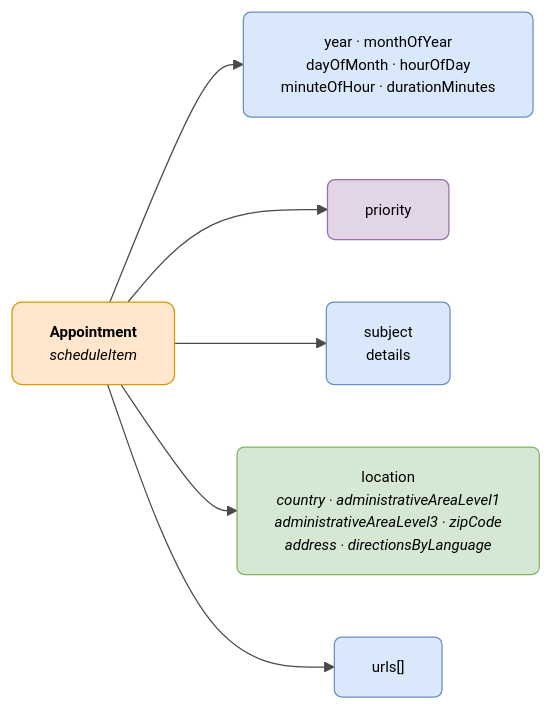
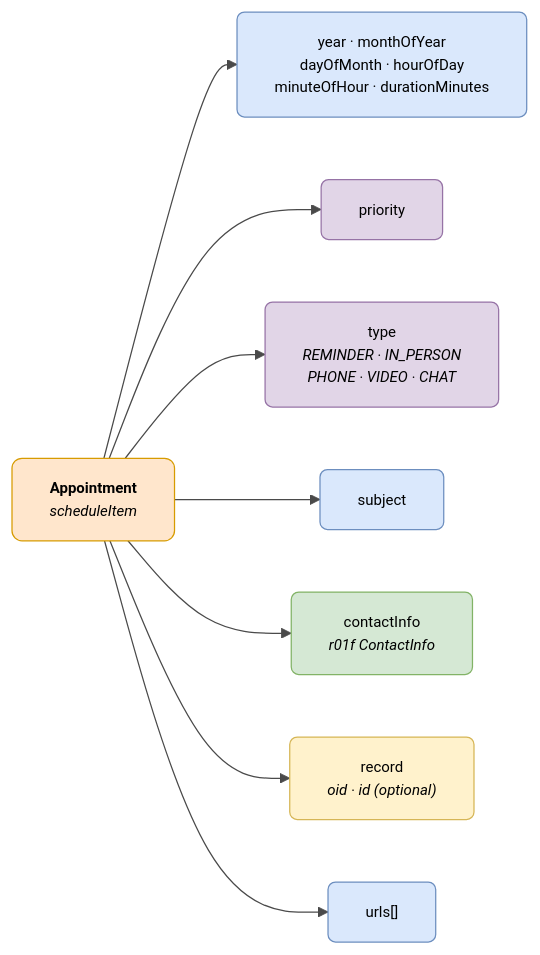
The diagram in docs/semantica/data-retrieve/data/cita.en.md (DENA-Euskadi/dena-euskadi.github.io), drawn with Mermaid before and after one commit. The commit also changed other lines of this file and 75 other files, not shown here.

````diff
--- a/docs/semantica/data-retrieve/data/cita.en.md
+++ b/docs/semantica/data-retrieve/data/cita.en.md
@@ -17,27 +17,31 @@
 ```mermaid
 ---
 config:
   theme: base
   themeVariables:
     primaryColor: "#FFFFFF"
     primaryTextColor: "#000000"
     primaryBorderColor: "#CCCCCC"
     lineColor: "#4A4A4A"
     fontSize: "12px"
 ---
 flowchart LR
     CITA["<b>Appointment</b><br/><i>scheduleItem</i>"]
 
     CITA --> WHEN["year · monthOfYear<br/>dayOfMonth · hourOfDay<br/>minuteOfHour · durationMinutes"]
     CITA --> PRIO["priority"]
-    CITA --> SUBJECT["subject<br/>details"]
-    CITA --> LOC["location<br/><i>country · administrativeAreaLevel1<br/>administrativeAreaLevel3 · zipCode<br/>address · directionsByLanguage</i>"]
+    CITA --> TYPE["type<br/><i>REMINDER · IN_PERSON<br/>PHONE · VIDEO · CHAT</i>"]
+    CITA --> SUBJECT["subject"]
+    CITA --> CONTACT["contactInfo<br/><i>r01f ContactInfo</i>"]
+    CITA --> RECORD["record<br/><i>oid · id (optional)</i>"]
     CITA --> URLS["urls[]"]
 
     style CITA fill:#ffe6cc,stroke:#d79b00,color:#000000,rx:8,ry:8
     style WHEN fill:#dae8fc,stroke:#6c8ebf,color:#000000,rx:6,ry:6
     style PRIO fill:#e1d5e7,stroke:#9673a6,color:#000000,rx:6,ry:6
+    style TYPE fill:#e1d5e7,stroke:#9673a6,color:#000000,rx:6,ry:6
     style SUBJECT fill:#dae8fc,stroke:#6c8ebf,color:#000000,rx:6,ry:6
-    style LOC fill:#d5e8d4,stroke:#82b366,color:#000000,rx:6,ry:6
+    style CONTACT fill:#d5e8d4,stroke:#82b366,color:#000000,rx:6,ry:6
+    style RECORD fill:#fff2cc,stroke:#d6b656,color:#000000,rx:6,ry:6
     style URLS fill:#dae8fc,stroke:#6c8ebf,color:#000000,rx:6,ry:6
 ```
````
